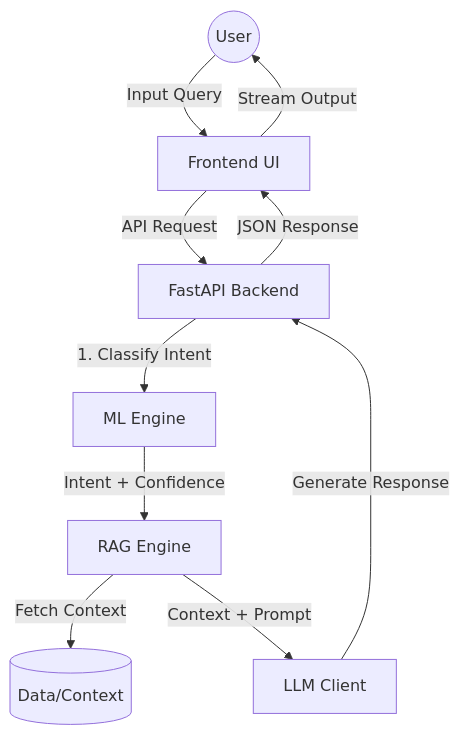
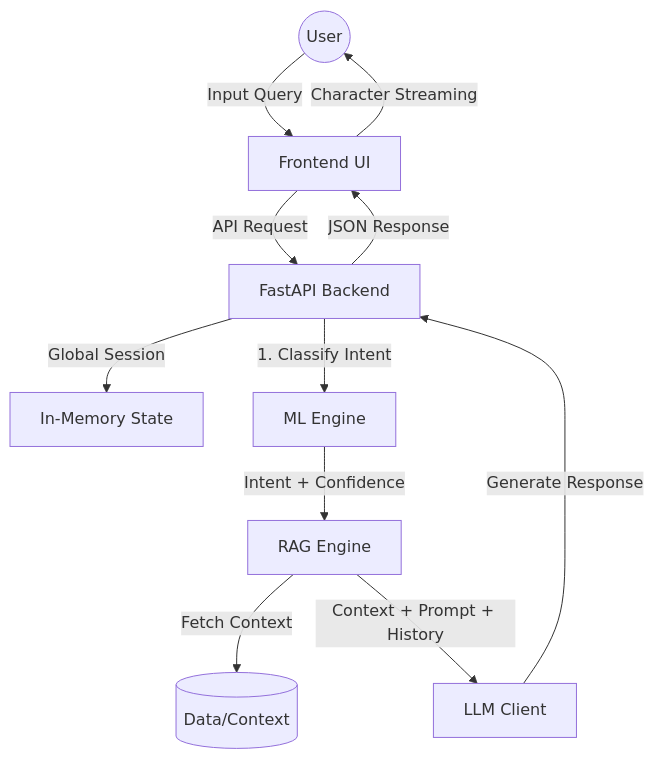
Before and after one commit to sujal-b/Anavrin-AI: the diagram in README.md, drawn with Mermaid. The commit also changed other lines of this file, not shown here.

Commit message:
docs: update README with new UI/UX and global session features

````diff
--- a/README.md
+++ b/README.md
@@ -20,12 +23,13 @@
 ```mermaid
 graph TD
     User((User)) -->|Input Query| UI[Frontend UI]
     UI -->|API Request| FastAPI[FastAPI Backend]
+    FastAPI -->|Global Session| Memory[In-Memory State]
     FastAPI -->|1. Classify Intent| ML[ML Engine]
     ML -->|Intent + Confidence| RAG[RAG Engine]
     RAG -->|Fetch Context| DB[(Data/Context)]
-    RAG -->|Context + Prompt| LLM[LLM Client]
+    RAG -->|Context + Prompt + History| LLM[LLM Client]
     LLM -->|Generate Response| FastAPI
     FastAPI -->|JSON Response| UI
-    UI -->|Stream Output| User
+    UI -->|Character Streaming| User
 ```
````
